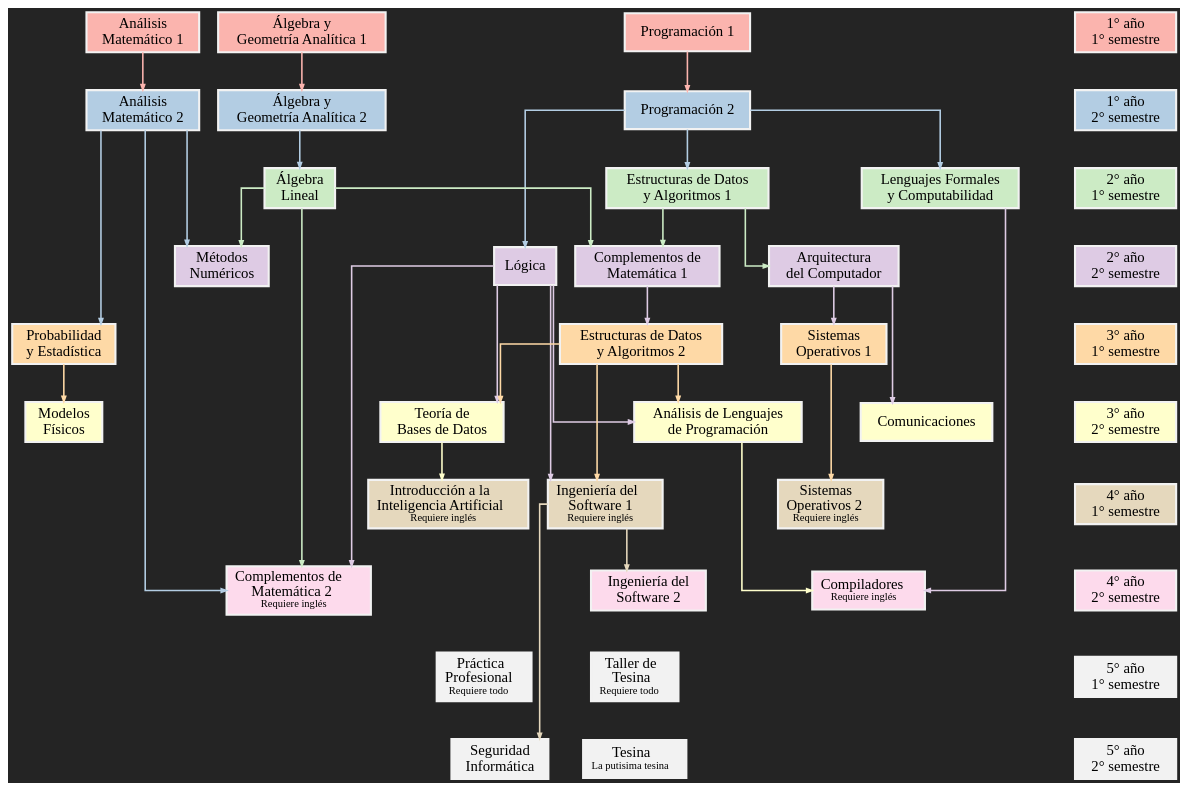
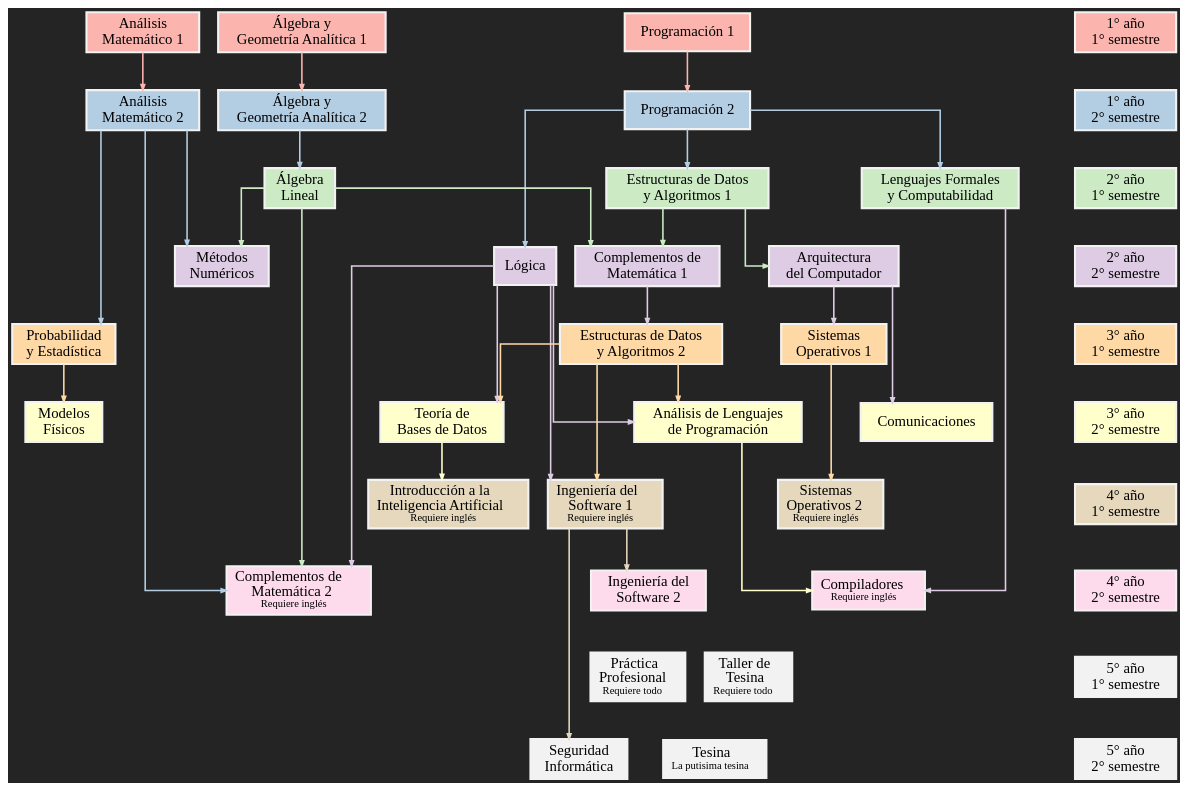
Before and after one commit to Rattlehead15/Correlativas: the diagram in correlativas.dot, drawn with Graphviz. The commit also changed 1 other file, not shown here.

```diff
--- a/correlativas.dot
+++ b/correlativas.dot
@@ -1,155 +1,155 @@
 digraph G {
     node[shape=box, color=9, colorscheme=pastel19, penwidth=2, fontname="BigNoodleTitling"]
     edge[colorscheme=pastel19, penwidth=1.5, arrowsize=0.5]
     splines=ortho
     overlap=scale
     bgcolor=grey14
 
     {
         rank = same
         node[style=filled, fillcolor=1]
         AyGA1 [label="Álgebra y\nGeometría Analítica 1"]
         Prog1 [label="Programación 1"]
         AM1 [label="Análisis\nMatemático 1"]
         r1 [label="1° año\n1° semestre"]
     }
 
     {
         rank = same
         node[style=filled, fillcolor=2]
         AyGA2 [label="Álgebra y\nGeometría Analítica 2"]
         Prog2 [label="Programación 2"]
         AM2 [label="Análisis\nMatemático 2"]
         r2 [label="1° año\n2° semestre"]
     }
 
     {
         rank = same
         node[style=filled, fillcolor=3]
         ALineal [label="Álgebra\nLineal"]
         EDyA1 [label="Estructuras de Datos\ny Algoritmos 1"]
         LFyC [label="Lenguajes Formales\ny Computabilidad"]
         r3 [label="2° año\n1° semestre"]
     }
 
     {
         rank = same
         node[style=filled, fillcolor=4]
         Metodos [label="Métodos\nNuméricos"]
         CM1 [label="Complementos de\nMatemática 1"]
         Arqui [label="Arquitectura\ndel Computador"]
         Logica [label="Lógica"]
         r4 [label="2° año\n2° semestre"]
     }
 
     {
         rank = same
         node[style=filled, fillcolor=5]
         ProbYEstd [label="Probabilidad\ny Estadística"]
         EDyA2 [label="Estructuras de Datos\ny Algoritmos 2"]
         SO1 [label="Sistemas\nOperativos 1"]
         r5 [label="3° año\n1° semestre"]
     }
     
     {
         rank = same
         node[style=filled, fillcolor=6]
         ModFis [label="Modelos\nFísicos"]
         Comm [label="Comunicaciones"]
         ALP [label="Análisis de Lenguajes\nde Programación"]
         TBD [label="Teoría de\nBases de Datos"]
         r6 [label="3° año\n2° semestre"]
     }
 
     {
         rank = same
         node[style=filled, fillcolor=7]
         Soft1 [label=<Ingeniería del<br/>Software 1<br/><FONT POINT-SIZE="10">Requiere inglés</FONT>>]
         SO2 [label=<Sistemas<br/>Operativos 2<br/><FONT POINT-SIZE="10">Requiere inglés</FONT>>]
         IIA [label=<Introducción a la<br/>Inteligencia Artificial<br/><FONT POINT-SIZE="10">Requiere inglés</FONT>>]
         r7 [label="4° año\n1° semestre"]
     }
 
     {
         rank = same
         node[style=filled, fillcolor=8]
         CM2 [label=<Complementos de<br/>Matemática 2<br/><FONT POINT-SIZE="10">Requiere inglés</FONT>>]
         Soft2 [label="Ingeniería del\nSoftware 2"]
         Compi [label=<Compiladores<br/><FONT POINT-SIZE="10">Requiere inglés</FONT>>]
         r8 [label="4° año\n2° semestre"]
     }
 
     {
         rank = same
         node[style=filled, fillcolor=9]
         Taller [label=<Taller de<br/>Tesina<br/><FONT POINT-SIZE="10">Requiere todo</FONT>>]
         Practica [label=<Práctica<br/>Profesional<br/><FONT POINT-SIZE="10">Requiere todo</FONT>>]
         r9 [label="5° año\n1° semestre"]
     }
 
     {
         rank = same
         node[style=filled, fillcolor=9]
         SegInf [label="Seguridad\nInformática"]
         Tesina [label=<Tesina<FONT POINT-SIZE="10"><br/>La putisima tesina</FONT>>]
         r10 [label="5° año\n2° semestre"]
     }
 
     r1 -> r2 [style=invis]
     r2 -> r3 [style=invis]
     r3 -> r4 [style=invis]
     r4 -> r5 [style=invis]
     r5 -> r6 [style=invis]
     r6 -> r7 [style=invis]
     r7 -> r8 [style=invis]
     r8 -> r9 [style=invis]
     r9 -> r10 [style=invis]
-    SegInf -> Practica [style=invis]
+    SegInf -> Tesina [style=invis]
     Practica -> Taller [style=invis]
     Taller -> Tesina [style=invis]
 
     edge [color=1]
     AyGA1 -> AyGA2 
     Prog1 -> Prog2 
     AM1 -> AM2
     edge [color=2]
     AyGA2 -> ALineal
     Prog2 -> EDyA1 
     Prog2 -> LFyC 
     Prog2 -> Logica 
     AM2 -> ProbYEstd 
     AM2 -> Metodos 
     AM2 -> CM2 
     edge [color=3]
     ALineal -> Metodos 
     ALineal -> CM1 
     ALineal -> CM2 
     EDyA1 -> CM1 
     EDyA1 -> Arqui 
     edge [color=4]
     CM1 -> EDyA2 
     Arqui -> Comm 
     Arqui -> SO1 
     Logica -> CM2 
     Logica -> TBD 
     Logica -> ALP 
     Logica -> Soft1 
     LFyC -> Compi
     edge [color=5]
     ProbYEstd -> ModFis
     EDyA2 -> TBD
     EDyA2 -> ALP
     EDyA2 -> Soft1
     // Ingles -> CM2
     // Ingles -> Soft1
     // Ingles -> SO2
     // Ingles -> IIA
     // Ingles -> Compi
     SO1 -> SO2
     edge [color=6]
     TBD -> IIA
     ALP -> Compi
     edge [color=7]
     Soft1 -> Soft2
     Soft1 -> SegInf
 }
```
